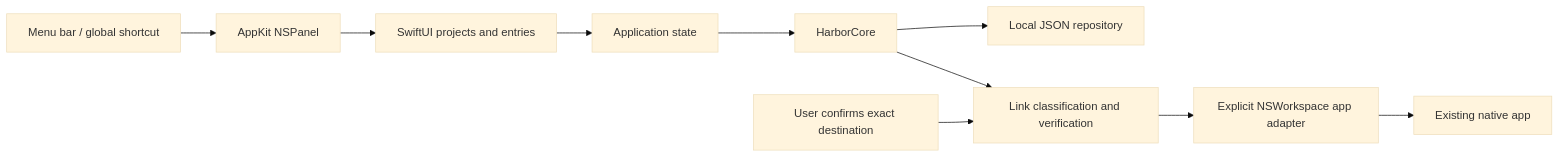
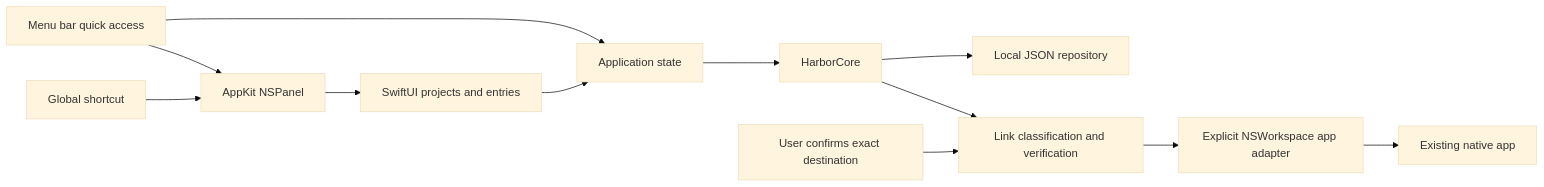
Before and after one commit to YiChenLu0119-prog/harbor-workspace-dock: the diagram in docs/ARCHITECTURE.md, drawn with Mermaid (base theme). The commit also changed other lines of this file and 14 other files, not shown here.

Commit message:
feat: add menu bar quick access and visible Harbor name

````diff
--- a/docs/ARCHITECTURE.md
+++ b/docs/ARCHITECTURE.md
@@ -3,12 +3,14 @@
 ```mermaid
 flowchart LR
-  Menu[Menu bar / global shortcut] --> Panel[AppKit NSPanel]
+  Menu[Menu bar quick access] --> State[Application state]
+  Menu --> Panel[AppKit NSPanel]
+  Hotkey[Global shortcut] --> Panel
   Panel --> UI[SwiftUI projects and entries]
   UI --> State[Application state]
   State --> Core[HarborCore]
   Core --> JSON[Local JSON repository]
   Core --> Policy[Link classification and verification]
   Policy --> Native[Explicit NSWorkspace app adapter]
   Native --> ChatGPT[Existing native app]
   User[User confirms exact destination] --> Policy
 ```
````
